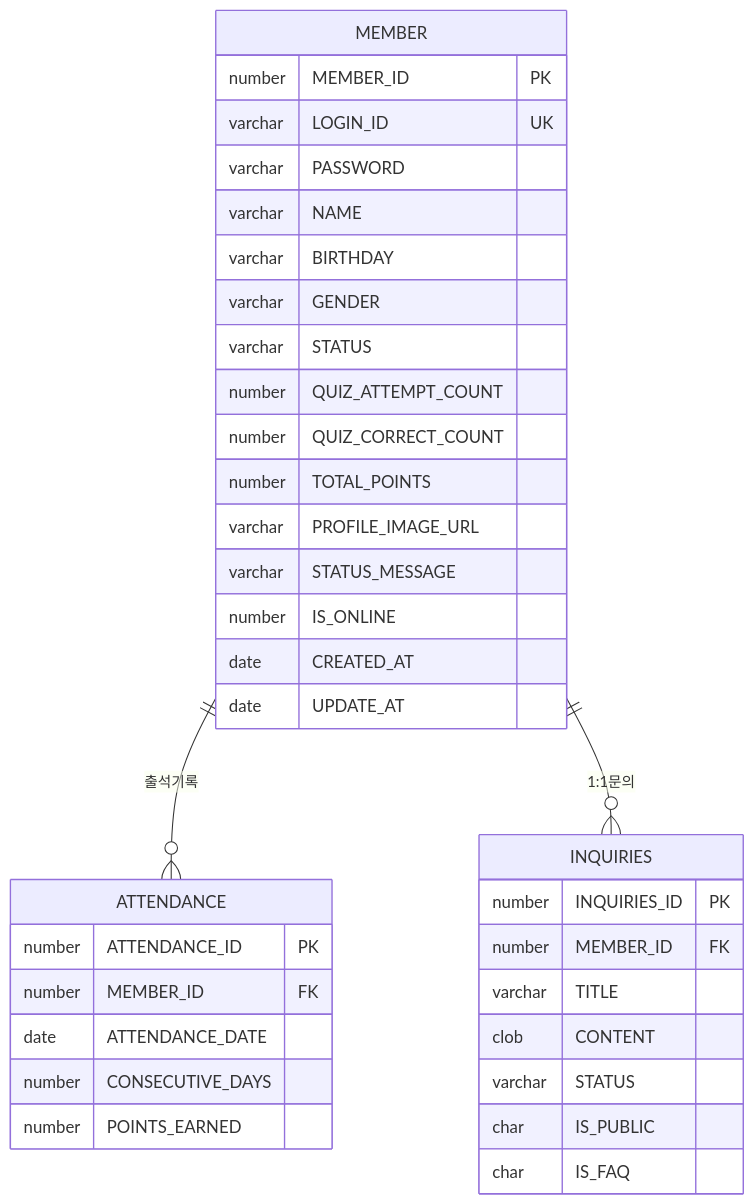
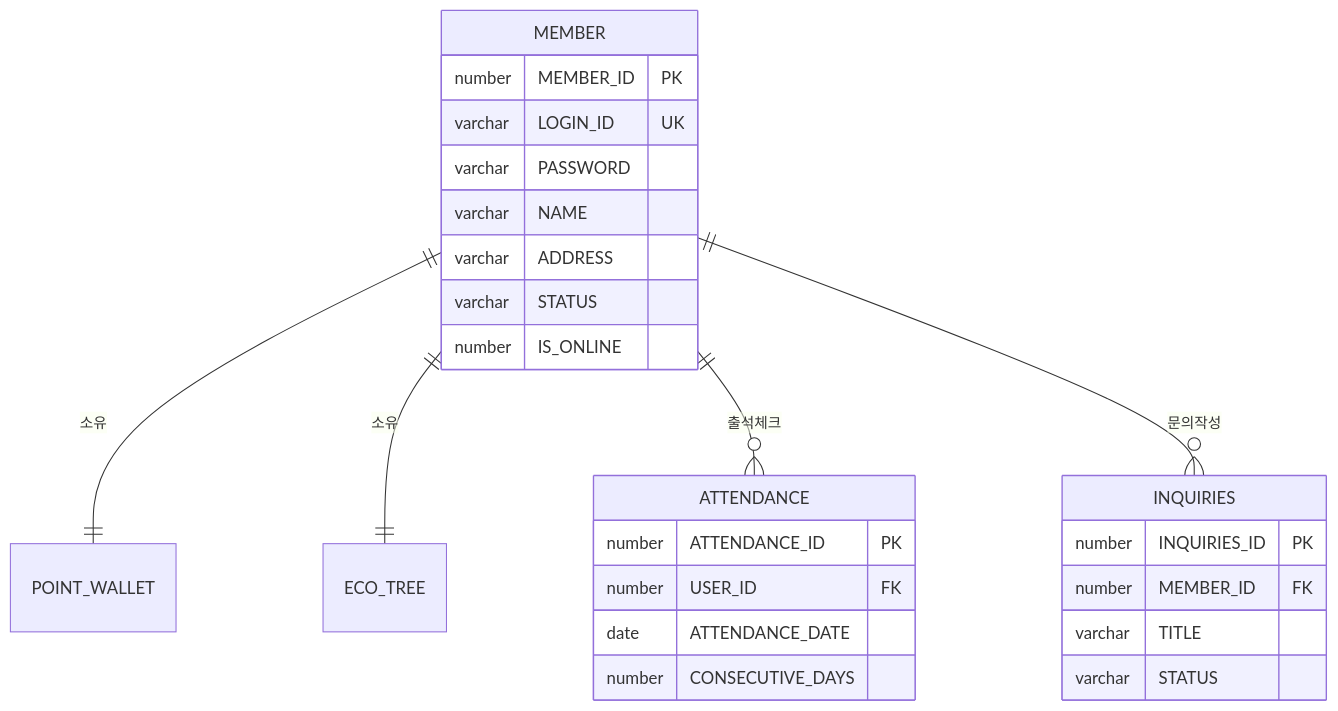
Before and after one commit to KJH-Portfolio/202602-Environmenta-Organization: the second of 5 diagrams in erd.md, drawn with Mermaid. The commit also changed other lines of this file, not shown here.

````diff
--- a/erd.md
+++ b/erd.md
@@ -447,38 +759,29 @@
 ```mermaid
 erDiagram
+    MEMBER ||--|| POINT_WALLET : "소유"
+    MEMBER ||--|| ECO_TREE : "소유"
+    MEMBER ||--o{ ATTENDANCE : "출석체크"
+    MEMBER ||--o{ INQUIRIES : "문의작성"
+    
     MEMBER {
-        number  MEMBER_ID PK
+        number MEMBER_ID PK
         varchar LOGIN_ID UK
         varchar PASSWORD
         varchar NAME
-        varchar BIRTHDAY
-        varchar GENDER
+        varchar ADDRESS
         varchar STATUS
-        number  QUIZ_ATTEMPT_COUNT
-        number  QUIZ_CORRECT_COUNT
-        number  TOTAL_POINTS
-        varchar PROFILE_IMAGE_URL
-        varchar STATUS_MESSAGE
-        number  IS_ONLINE
-        date    CREATED_AT
-        date    UPDATE_AT
+        number IS_ONLINE
     }
     ATTENDANCE {
         number ATTENDANCE_ID PK
-        number MEMBER_ID FK
-        date   ATTENDANCE_DATE
+        number USER_ID FK
+        date ATTENDANCE_DATE
         number CONSECUTIVE_DAYS
-        number POINTS_EARNED
     }
     INQUIRIES {
         number INQUIRIES_ID PK
         number MEMBER_ID FK
         varchar TITLE
-        clob    CONTENT
         varchar STATUS
-        char    IS_PUBLIC
-        char    IS_FAQ
     }
-    MEMBER ||--o{ ATTENDANCE : "출석기록"
-    MEMBER ||--o{ INQUIRIES : "1:1문의"
 ```
````
